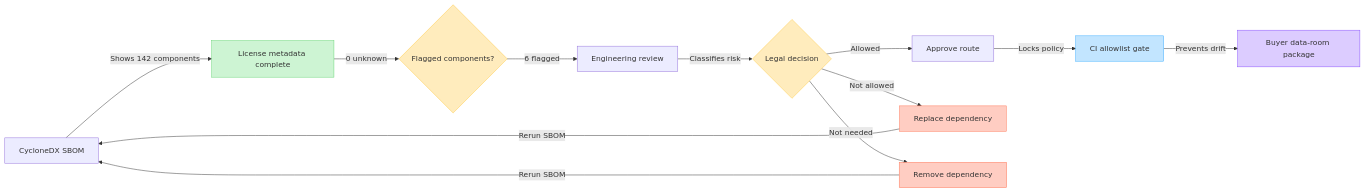
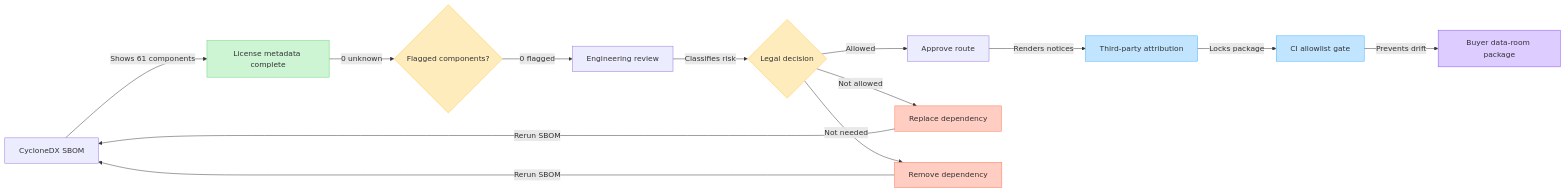
One commit to ContextualWisdomLab/clearfolio changed diagram 11 of 20 in docs/design/2026-07-02-buyer-demo-kpi-figjam-handoff.md. Above: the diagram before and after it, drawn with Mermaid. The commit also changed other lines of this file and 53 other files, not shown here.

````diff
--- a/docs/design/2026-07-02-buyer-demo-kpi-figjam-handoff.md
+++ b/docs/design/2026-07-02-buyer-demo-kpi-figjam-handoff.md
@@ -551,33 +633,36 @@
 ```mermaid
 flowchart LR
     sbom["CycloneDX SBOM"]
     metadata["License metadata complete"]
     flagged{"Flagged components?"}
     review["Engineering review"]
     legal{"Legal decision"}
     approve["Approve route"]
+    attribution["Third-party attribution"]
     replace["Replace dependency"]
     remove["Remove dependency"]
     gate["CI allowlist gate"]
     buyer["Buyer data-room package"]
 
-    sbom -->|"Shows 142 components"| metadata
+    sbom -->|"Shows 61 components"| metadata
     metadata -->|"0 unknown"| flagged
-    flagged -->|"6 flagged"| review
+    flagged -->|"0 flagged"| review
     review -->|"Classifies risk"| legal
     legal -->|"Allowed"| approve
     legal -->|"Not allowed"| replace
     legal -->|"Not needed"| remove
-    approve -->|"Locks policy"| gate
+    approve -->|"Renders notices"| attribution
+    attribution -->|"Locks package"| gate
     replace -->|"Rerun SBOM"| sbom
     remove -->|"Rerun SBOM"| sbom
     gate -->|"Prevents drift"| buyer
 
     style metadata fill:#CDF4D3,stroke:#66D575
     style flagged fill:#FFECBD,stroke:#FFC943
     style legal fill:#FFECBD,stroke:#FFC943
     style replace fill:#FFCDC2,stroke:#FF7556
     style remove fill:#FFCDC2,stroke:#FF7556
+    style attribution fill:#C2E5FF,stroke:#3DADFF
     style gate fill:#C2E5FF,stroke:#3DADFF
     style buyer fill:#DCCCFF,stroke:#874FFF
 ```
````
